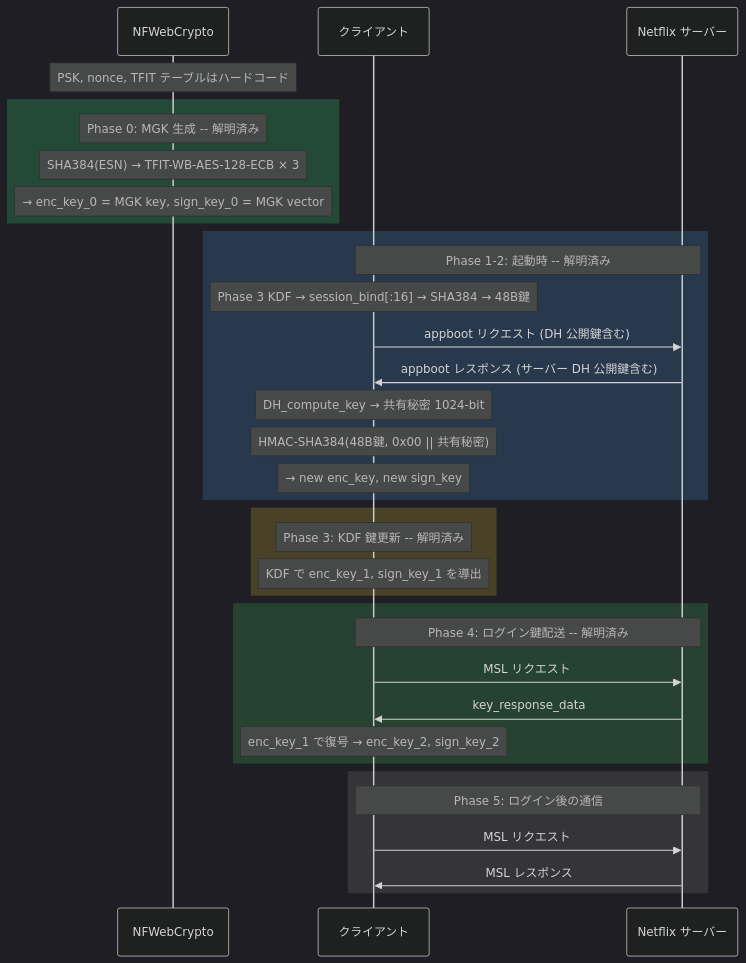
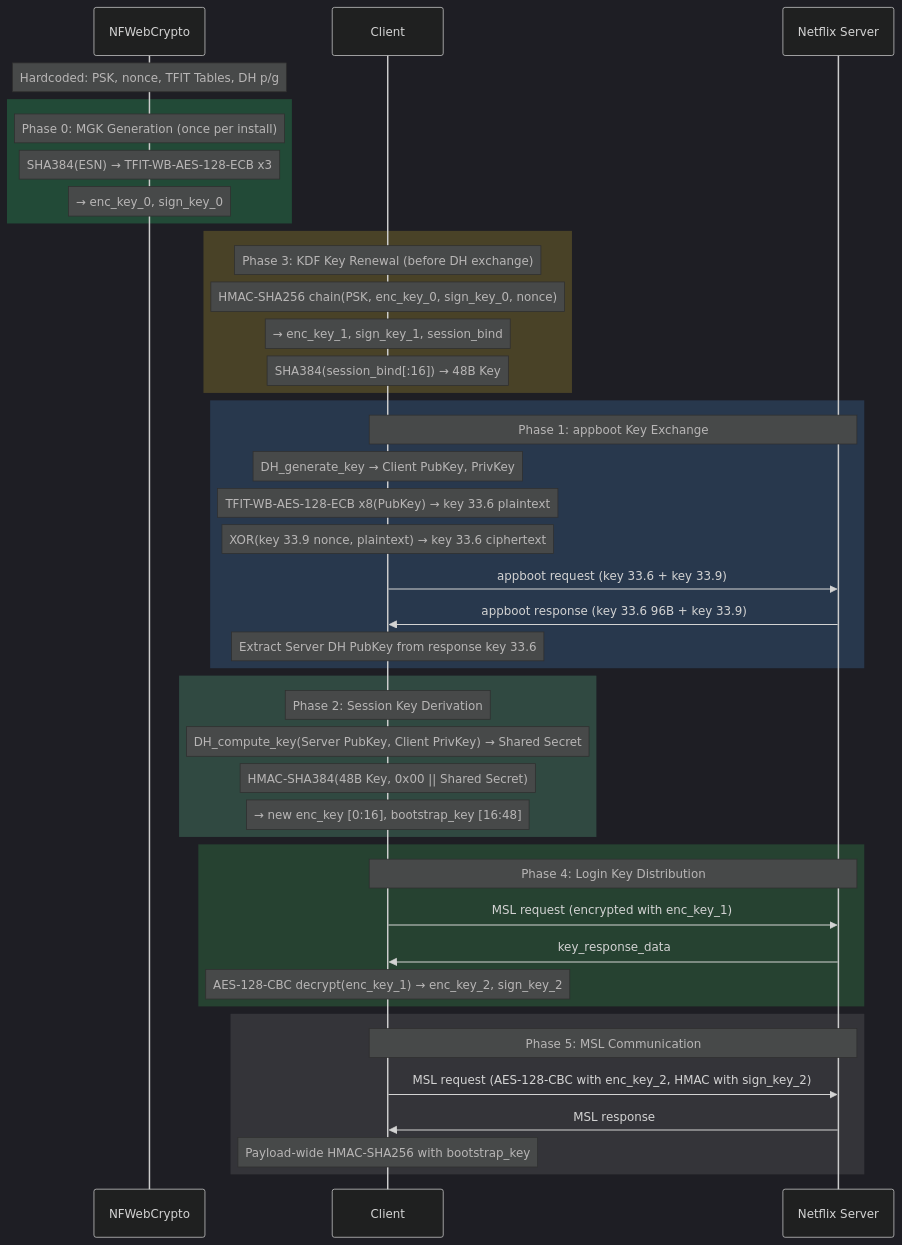
Before and after one commit to qtmleap/revkit: the seventh of 9 diagrams in docs/spec/msl_key_relationship.md, drawn with Mermaid. The commit also changed other lines of this file, not shown here.

Commit message:
docs(spec): ライフサイクル図を実行順に再構成、全ステップの操作を明記
- 実行順 (0→3→1→2→4→5) でシーケンスを並べ直し
- Phase 3 が Phase 1 の前に実行されることを図上で明確化
- 各 Phase の具体的な暗号操作と入出力を英語で記述
- Phase 1: TFIT エンコード + XOR + サーバー応答の PubKey 抽出を追加
- Phase 2: bootstrap_key = [16:48] を明記
- ラベルを英語に統一

````diff
--- a/docs/spec/msl_key_relationship.md
+++ b/docs/spec/msl_key_relationship.md
@@ -205,43 +205,53 @@
 ```mermaid
 %%{init: {'theme': 'dark'}}%%
 sequenceDiagram
     participant B as NFWebCrypto
-    participant C as クライアント
-    participant S as Netflix サーバー
+    participant C as Client
+    participant S as Netflix Server
 
-    Note over B: PSK, nonce, TFIT テーブルはハードコード
+    Note over B: Hardcoded: PSK, nonce, TFIT Tables, DH p/g
 
     rect rgba(46, 204, 113, 0.25)
-    Note over B: Phase 0: MGK 生成 -- 解明済み
-    Note over B: SHA384(ESN) → TFIT-WB-AES-128-ECB × 3
-    Note over B: → enc_key_0 = MGK key, sign_key_0 = MGK vector
+    Note over B: Phase 0: MGK Generation (once per install)
+    Note over B: SHA384(ESN) → TFIT-WB-AES-128-ECB x3
+    Note over B: → enc_key_0, sign_key_0
+    end
+
+    rect rgba(200, 170, 50, 0.25)
+    Note over C: Phase 3: KDF Key Renewal (before DH exchange)
+    Note over C: HMAC-SHA256 chain(PSK, enc_key_0, sign_key_0, nonce)
+    Note over C: → enc_key_1, sign_key_1, session_bind
+    Note over C: SHA384(session_bind[:16]) → 48B Key
     end
 
     rect rgba(70, 130, 200, 0.25)
-    Note over C,S: Phase 1-2: 起動時 -- 解明済み
-    Note over C: Phase 3 KDF → session_bind[:16] → SHA384 → 48B鍵
-    C->>S: appboot リクエスト (DH 公開鍵含む)
-    S->>C: appboot レスポンス (サーバー DH 公開鍵含む)
-    Note over C: DH_compute_key → 共有秘密 1024-bit
-    Note over C: HMAC-SHA384(48B鍵, 0x00 || 共有秘密)
-    Note over C: → new enc_key, new sign_key
+    Note over C,S: Phase 1: appboot Key Exchange
+    Note over C: DH_generate_key → Client PubKey, PrivKey
+    Note over C: TFIT-WB-AES-128-ECB x8(PubKey) → key 33.6 plaintext
+    Note over C: XOR(key 33.9 nonce, plaintext) → key 33.6 ciphertext
+    C->>S: appboot request (key 33.6 + key 33.9)
+    S->>C: appboot response (key 33.6 96B + key 33.9)
+    Note over C: Extract Server DH PubKey from response key 33.6
     end
 
-    rect rgba(200, 170, 50, 0.25)
-    Note over C: Phase 3: KDF 鍵更新 -- 解明済み
-    Note over C: KDF で enc_key_1, sign_key_1 を導出
+    rect rgba(100, 200, 150, 0.25)
+    Note over C: Phase 2: Session Key Derivation
+    Note over C: DH_compute_key(Server PubKey, Client PrivKey) → Shared Secret
+    Note over C: HMAC-SHA384(48B Key, 0x00 || Shared Secret)
+    Note over C: → new enc_key [0:16], bootstrap_key [16:48]
     end
 
     rect rgba(60, 170, 90, 0.25)
-    Note over C,S: Phase 4: ログイン鍵配送 -- 解明済み
-    C->>S: MSL リクエスト
+    Note over C,S: Phase 4: Login Key Distribution
+    C->>S: MSL request (encrypted with enc_key_1)
     S->>C: key_response_data
-    Note over C: enc_key_1 で復号 → enc_key_2, sign_key_2
+    Note over C: AES-128-CBC decrypt(enc_key_1) → enc_key_2, sign_key_2
     end
 
     rect rgba(140, 140, 140, 0.2)
-    Note over C,S: Phase 5: ログイン後の通信
-    C->>S: MSL リクエスト
-    S->>C: MSL レスポンス
+    Note over C,S: Phase 5: MSL Communication
+    C->>S: MSL request (AES-128-CBC with enc_key_2, HMAC with sign_key_2)
+    S->>C: MSL response
+    Note over C: Payload-wide HMAC-SHA256 with bootstrap_key
     end
 ```
````
